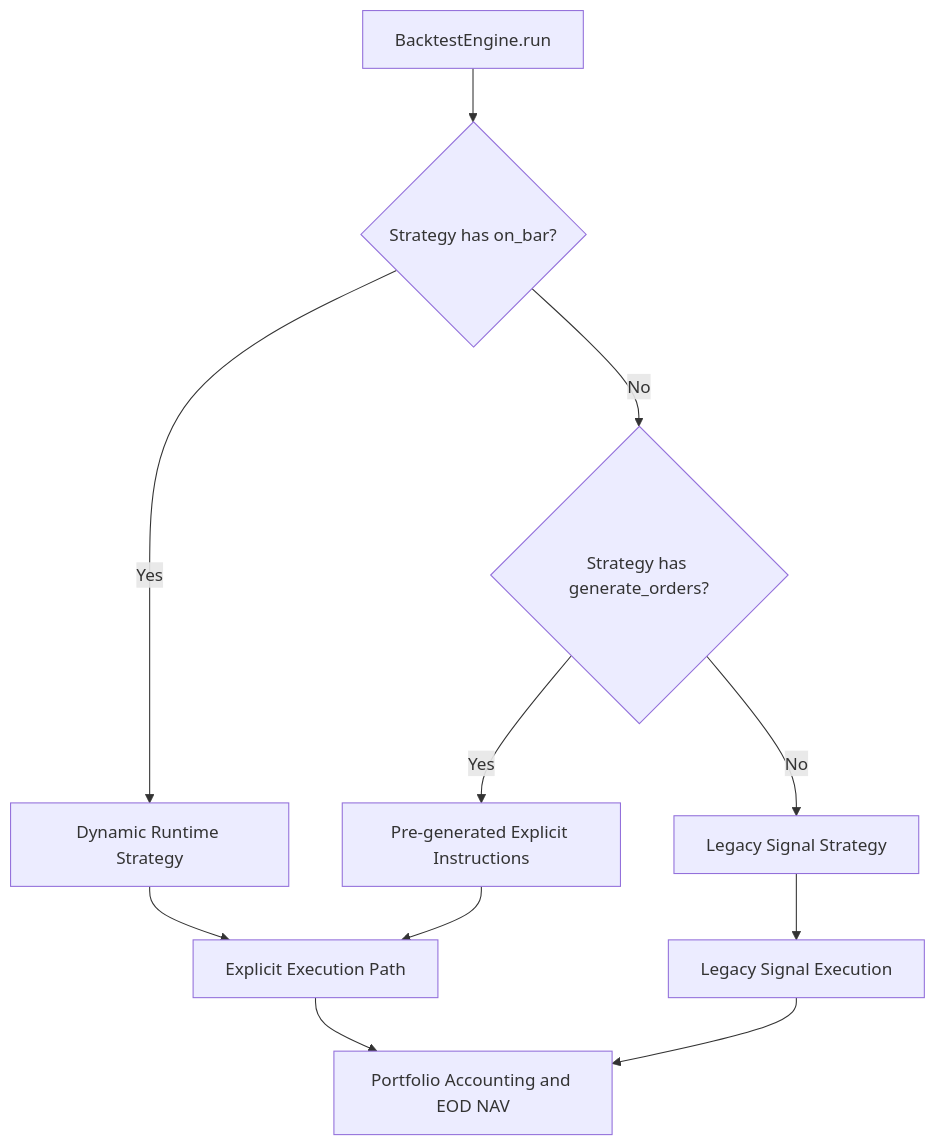
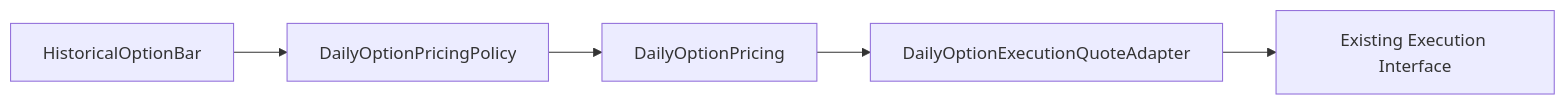
Before and after one commit to Kalvin-avenger/QuantResearch: the second of 6 diagrams in docs/ARCHITECTURE.md, drawn with Mermaid. The commit also changed other lines of this file and 4 other files, not shown here.

````diff
--- a/docs/ARCHITECTURE.md
+++ b/docs/ARCHITECTURE.md
@@ -51,13 +121,7 @@
 ```mermaid
-flowchart TD
-    A[BacktestEngine.run] --> B{Strategy has on_bar?}
-    B -- Yes --> C[Dynamic Runtime Strategy]
-    B -- No --> D{Strategy has generate_orders?}
-    D -- Yes --> E[Pre-generated Explicit Instructions]
-    D -- No --> F[Legacy Signal Strategy]
-    C --> X[Explicit Execution Path]
-    E --> X
-    F --> Y[Legacy Signal Execution]
-    X --> Z[Portfolio Accounting and EOD NAV]
-    Y --> Z
+flowchart LR
+    B[HistoricalOptionBar] --> P[DailyOptionPricingPolicy]
+    P --> D[DailyOptionPricing]
+    D --> A[DailyOptionExecutionQuoteAdapter]
+    A --> X[Existing Execution Interface]
 ```
````
